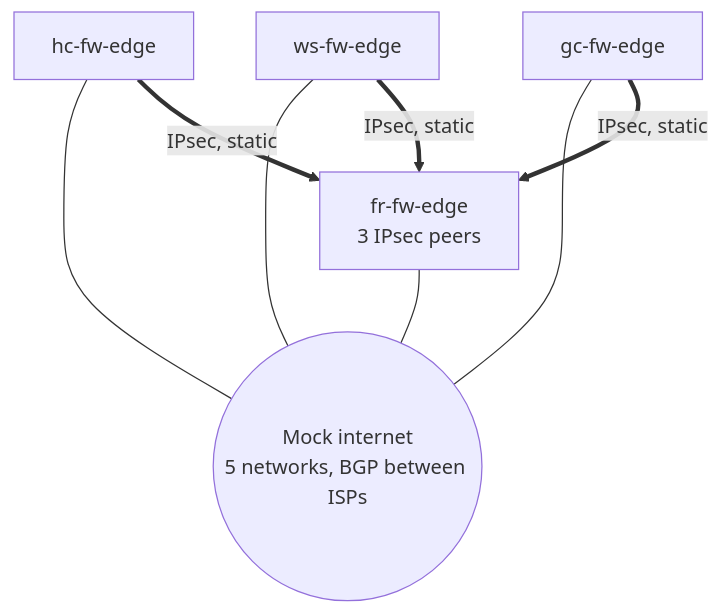
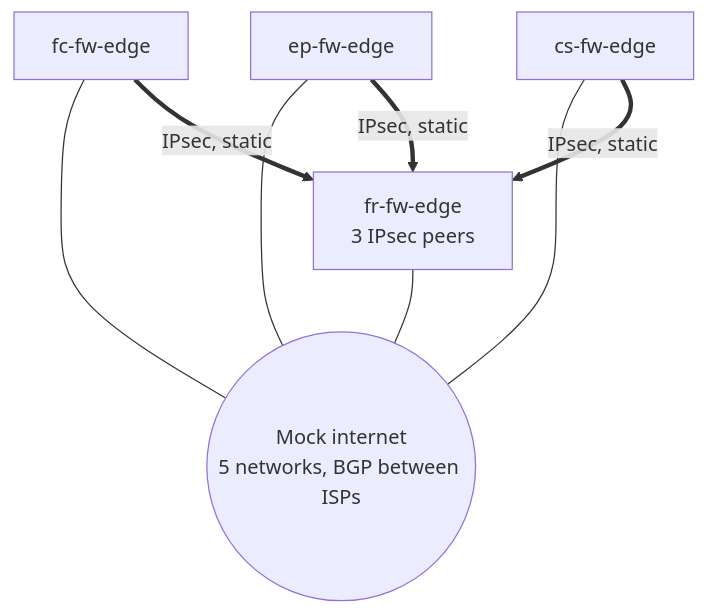
One commit to GhostofGoes/brew changed the eighth of 10 diagrams in docs/multisite/PLANS.md. Above: the diagram before and after it, drawn with Mermaid. The commit also changed other lines of this file and 35 other files, not shown here.

````diff
--- a/docs/multisite/PLANS.md
+++ b/docs/multisite/PLANS.md
@@ -869,15 +874,15 @@
 ```mermaid
 flowchart TB
   NET(("Mock internet<br/>5 networks, BGP between ISPs"))
   FR["fr-fw-edge<br/>3 IPsec peers"]
-  HC["hc-fw-edge"]
-  WS["ws-fw-edge"]
-  GC["gc-fw-edge"]
+  FC["fc-fw-edge"]
+  EP["ep-fw-edge"]
+  CS["cs-fw-edge"]
   FR --- NET
-  HC --- NET
-  WS --- NET
-  GC --- NET
-  HC ==>|"IPsec, static"| FR
-  WS ==>|"IPsec, static"| FR
-  GC ==>|"IPsec, static"| FR
+  FC --- NET
+  EP --- NET
+  CS --- NET
+  FC ==>|"IPsec, static"| FR
+  EP ==>|"IPsec, static"| FR
+  CS ==>|"IPsec, static"| FR
 ```
````
